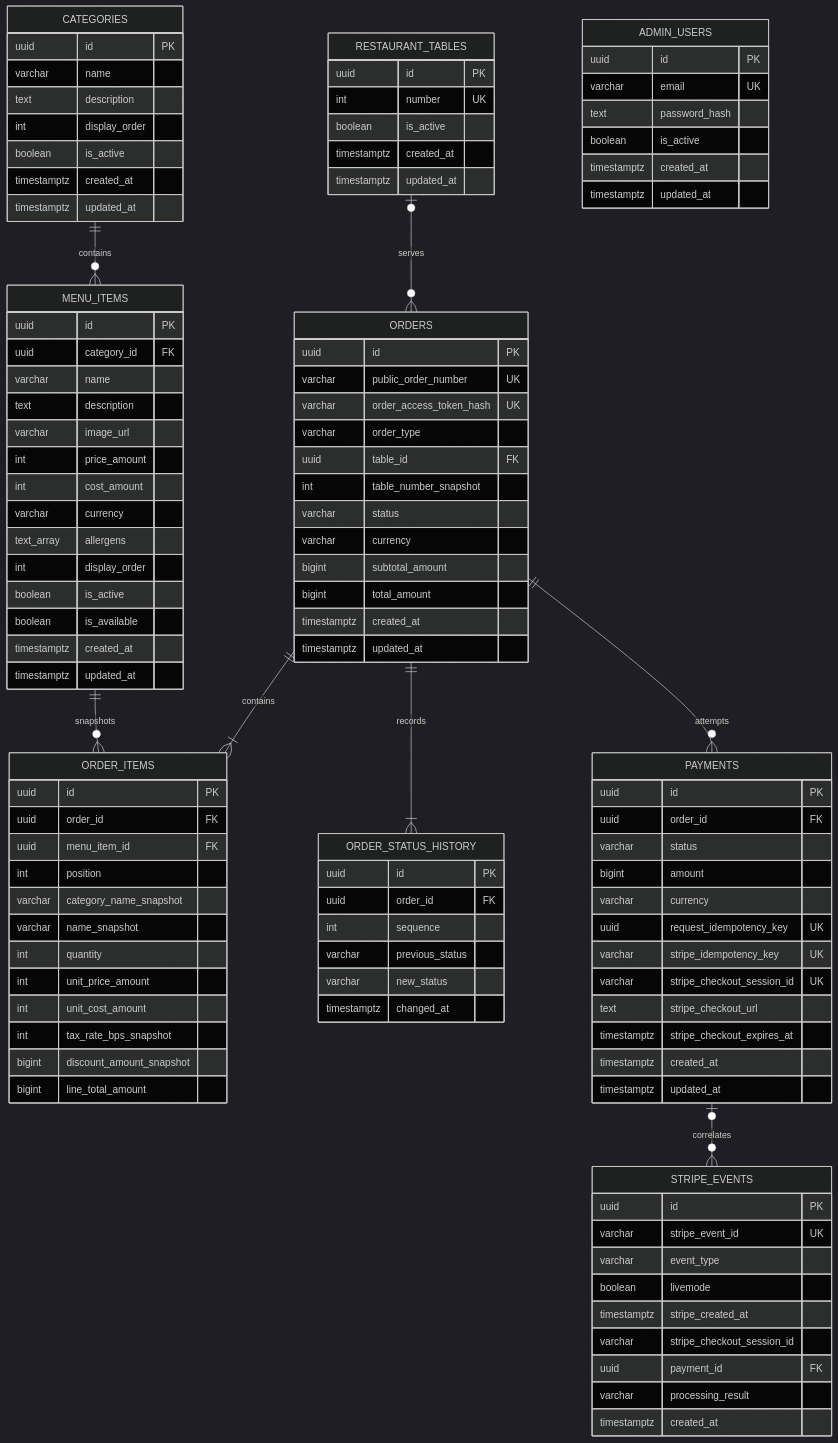
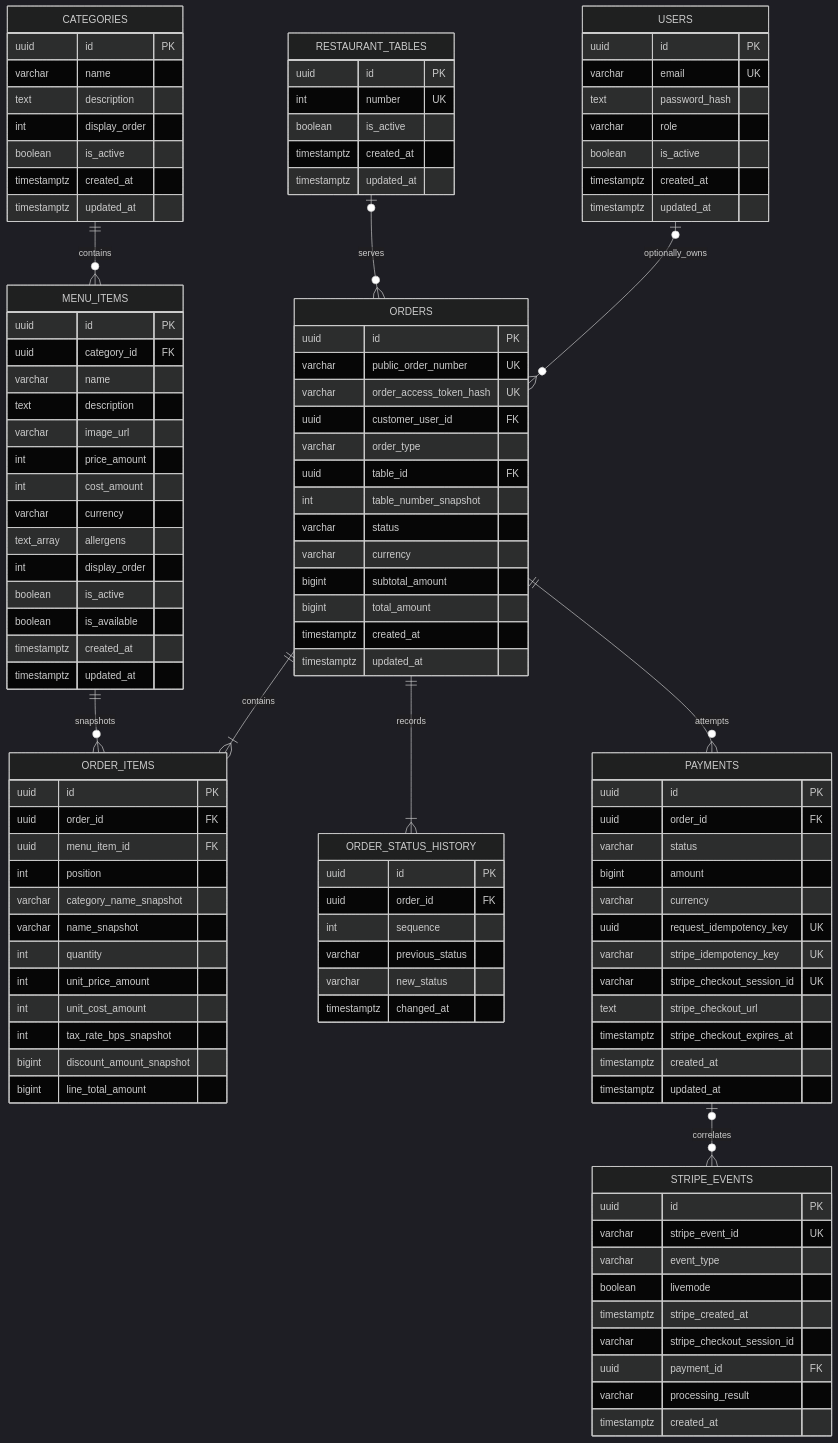
The second of 3 diagrams in docs/ARCHITECTURE.md (kamilSarbian/Restaurant_Ordering_Analytics), drawn with Mermaid (dark theme) before and after one commit. The commit also changed other lines of this file and 35 other files, not shown here.

```diff
--- a/docs/ARCHITECTURE.md
+++ b/docs/ARCHITECTURE.md
@@ -328,16 +334,18 @@
 erDiagram
     CATEGORIES ||--o{ MENU_ITEMS : contains
     RESTAURANT_TABLES o|--o{ ORDERS : serves
+    USERS o|--o{ ORDERS : optionally_owns
     ORDERS ||--|{ ORDER_ITEMS : contains
     MENU_ITEMS ||--o{ ORDER_ITEMS : snapshots
     ORDERS ||--|{ ORDER_STATUS_HISTORY : records
     ORDERS ||--o{ PAYMENTS : attempts
     PAYMENTS o|--o{ STRIPE_EVENTS : correlates
 
-    ADMIN_USERS {
+    USERS {
         uuid id PK
         varchar email UK
         text password_hash
+        varchar role
         boolean is_active
         timestamptz created_at
         timestamptz updated_at
@@ -382,6 +390,7 @@
         uuid id PK
         varchar public_order_number UK
         varchar order_access_token_hash UK
+        uuid customer_user_id FK
         varchar order_type
         uuid table_id FK
         int table_number_snapshot
```
